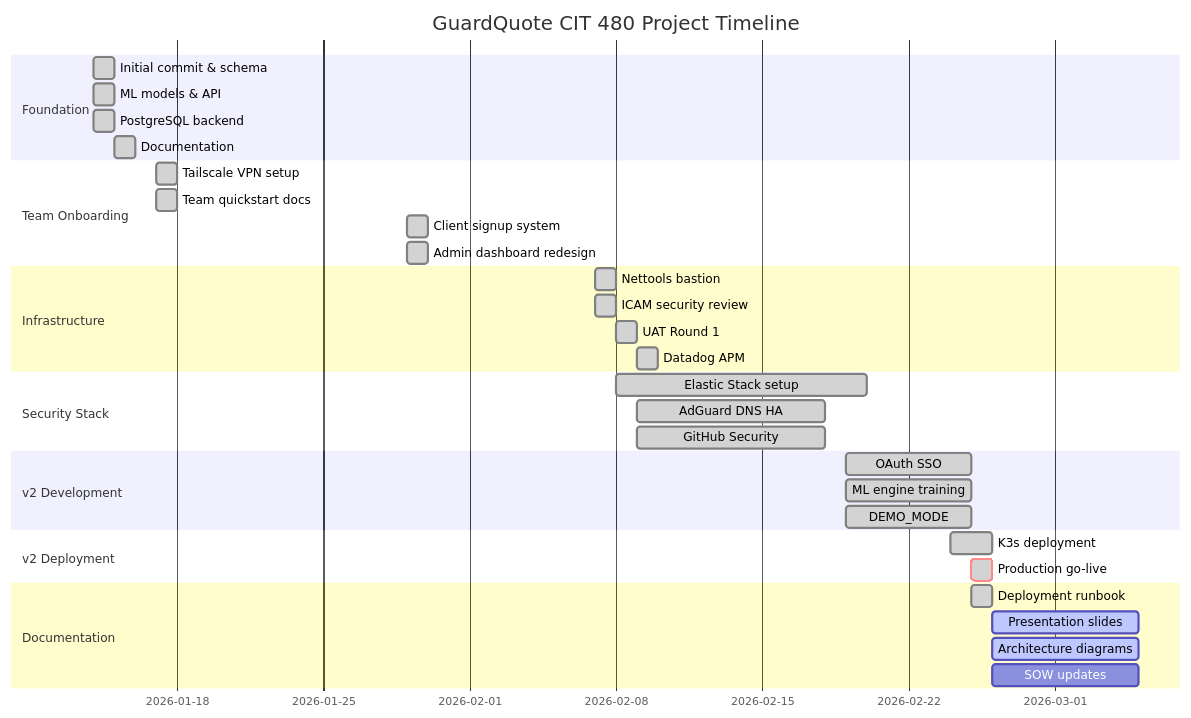
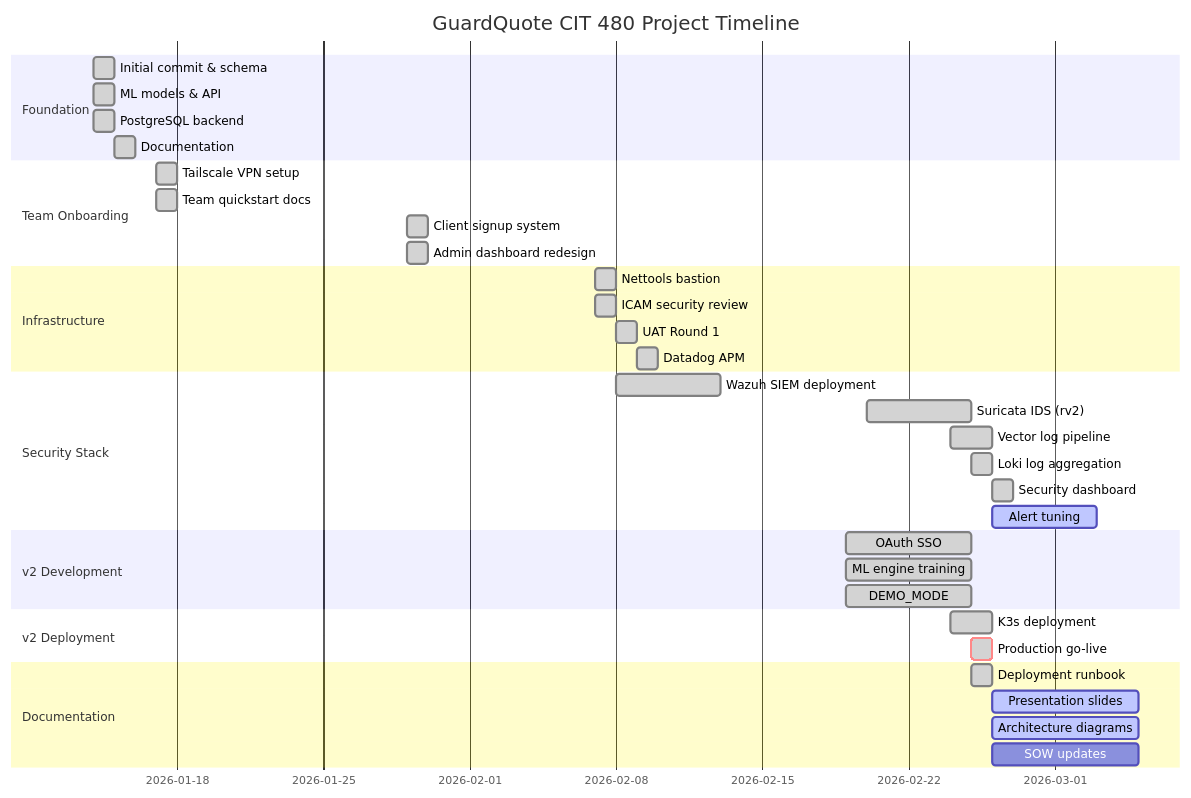
Before and after one commit to jag18729/guard-quote: the diagram in README.md, drawn with Mermaid. The commit also changed other lines of this file, not shown here.

Commit message:
docs: update Gantt chart with Isaiah's SIEM/log work
- Wazuh SIEM deployment
- Suricata IDS on rv2
- Vector → Loki log pipeline
- Security dashboard panels
- Alert tuning (active)

````diff
--- a/README.md
+++ b/README.md
@@ -41,43 +41,46 @@
 ```mermaid
 gantt
     title GuardQuote CIT 480 Project Timeline
     dateFormat YYYY-MM-DD
     
     section Foundation
     Initial commit & schema     :done, 2026-01-14, 1d
     ML models & API            :done, 2026-01-14, 1d
     PostgreSQL backend         :done, 2026-01-14, 1d
     Documentation              :done, 2026-01-15, 1d
     
     section Team Onboarding
     Tailscale VPN setup        :done, 2026-01-17, 1d
     Team quickstart docs       :done, 2026-01-17, 1d
     Client signup system       :done, 2026-01-29, 1d
     Admin dashboard redesign   :done, 2026-01-29, 1d
     
     section Infrastructure
     Nettools bastion           :done, 2026-02-07, 1d
     ICAM security review       :done, 2026-02-07, 1d
     UAT Round 1                :done, 2026-02-08, 1d
     Datadog APM                :done, 2026-02-09, 1d
     
     section Security Stack
-    Elastic Stack setup        :done, 2026-02-08, 12d
-    AdGuard DNS HA             :done, 2026-02-09, 9d
-    GitHub Security            :done, 2026-02-09, 9d
+    Wazuh SIEM deployment      :done, 2026-02-08, 5d
+    Suricata IDS (rv2)         :done, 2026-02-20, 5d
+    Vector log pipeline        :done, 2026-02-24, 2d
+    Loki log aggregation       :done, 2026-02-25, 1d
+    Security dashboard         :done, 2026-02-26, 1d
+    Alert tuning               :active, 2026-02-26, 5d
     
     section v2 Development
     OAuth SSO                  :done, 2026-02-19, 6d
     ML engine training         :done, 2026-02-19, 6d
     DEMO_MODE                  :done, 2026-02-19, 6d
     
     section v2 Deployment
     K3s deployment             :done, 2026-02-24, 2d
     Production go-live         :done, crit, 2026-02-25, 1d
     
     section Documentation
     Deployment runbook         :done, 2026-02-25, 1d
     Presentation slides        :active, 2026-02-26, 7d
     Architecture diagrams      :active, 2026-02-26, 7d
     SOW updates                :2026-02-26, 7d
 ```
````
